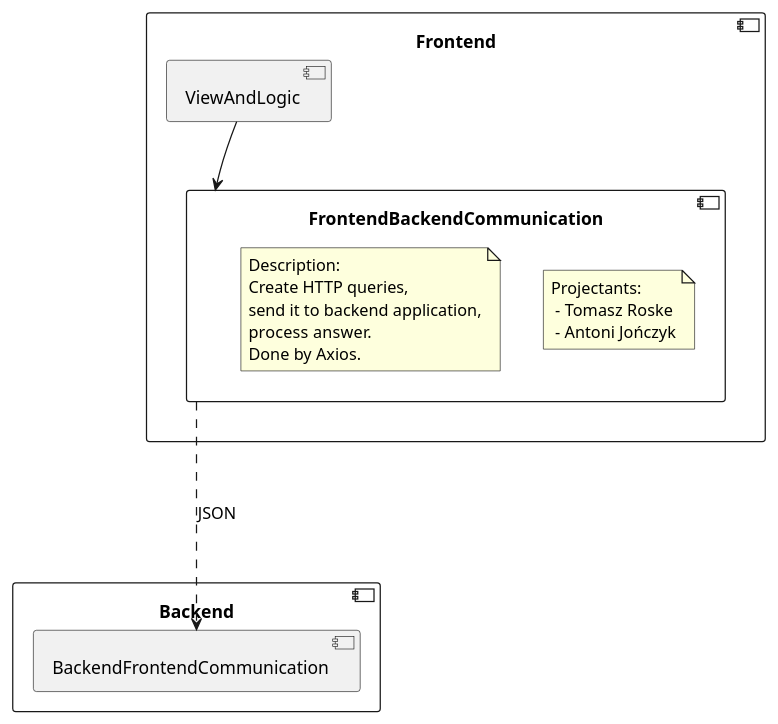
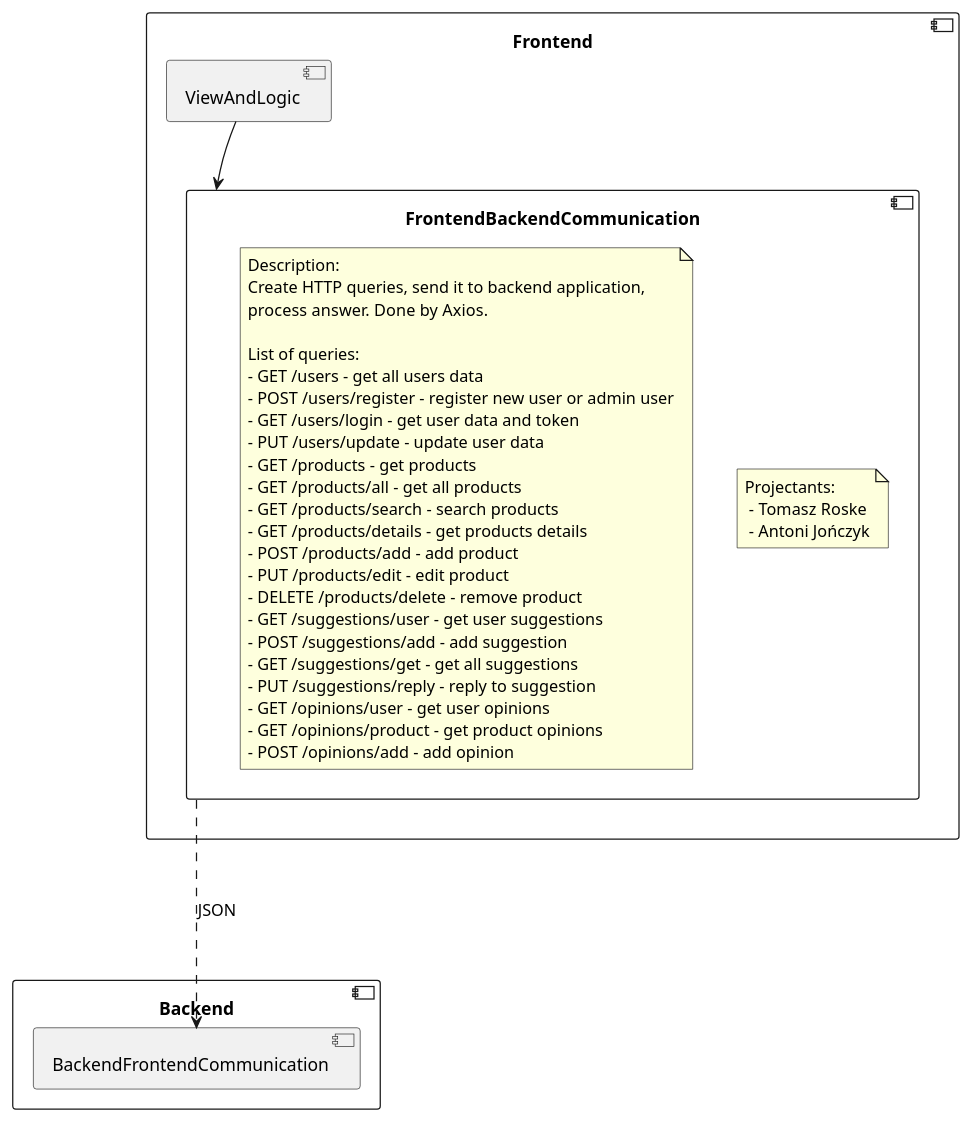
The diagram in frontend/FrontendBackendCommunication.md (RadekBucki/OpinionCollectorArchitecture), drawn with PlantUML before and after one commit. The commit also changed 2 other files, not shown here.

Commit message:
Add communication description

````diff
--- a/frontend/FrontendBackendCommunication.md
+++ b/frontend/FrontendBackendCommunication.md
@@ -3,33 +3,51 @@
 ```plantuml
 @startuml
     
 component Frontend {
     component ViewAndLogic {
     }
     
     component FrontendBackendCommunication {
         note as Authors
             Projectants: 
              - Tomasz Roske
              - Antoni Jończyk
         endnote
         note as Description
             Description: 
-            Create HTTP queries,
-            send it to backend application,
-            process answer.
-            Done by Axios.
+            Create HTTP queries, send it to backend application,
+            process answer. Done by Axios.
+            
+            List of queries:
+            - GET /users - get all users data
+            - POST /users/register - register new user or admin user
+            - GET /users/login - get user data and token
+            - PUT /users/update - update user data
+            - GET /products - get products
+            - GET /products/all - get all products
+            - GET /products/search - search products
+            - GET /products/details - get products details
+            - POST /products/add - add product
+            - PUT /products/edit - edit product
+            - DELETE /products/delete - remove product
+            - GET /suggestions/user - get user suggestions
+            - POST /suggestions/add - add suggestion
+            - GET /suggestions/get - get all suggestions
+            - PUT /suggestions/reply - reply to suggestion
+            - GET /opinions/user - get user opinions
+            - GET /opinions/product - get product opinions
+            - POST /opinions/add - add opinion
         endnote
     }
 }
 
 component Backend {
     component BackendFrontendCommunication {
     }
 }
 
 FrontendBackendCommunication --.> BackendFrontendCommunication: JSON
 ViewAndLogic                 -->  FrontendBackendCommunication
 
 @enduml 
 ```
````
